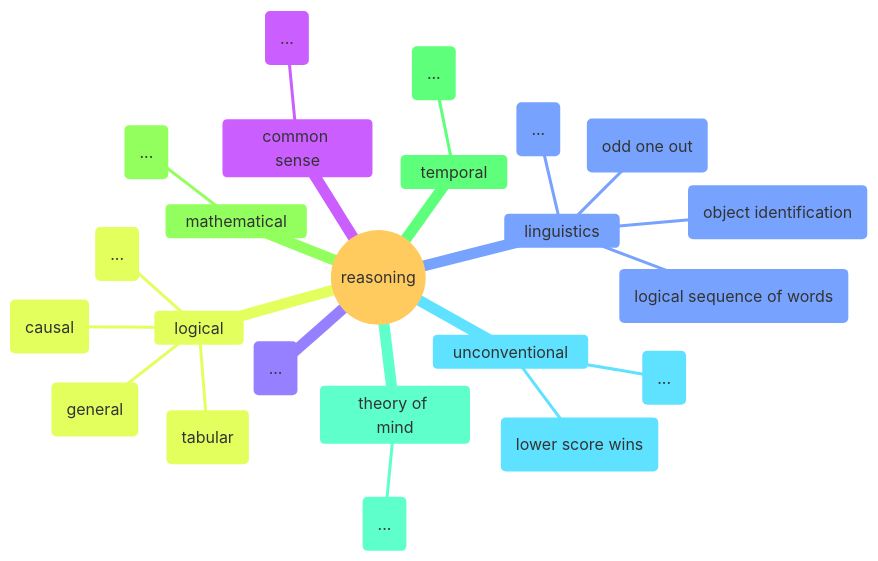
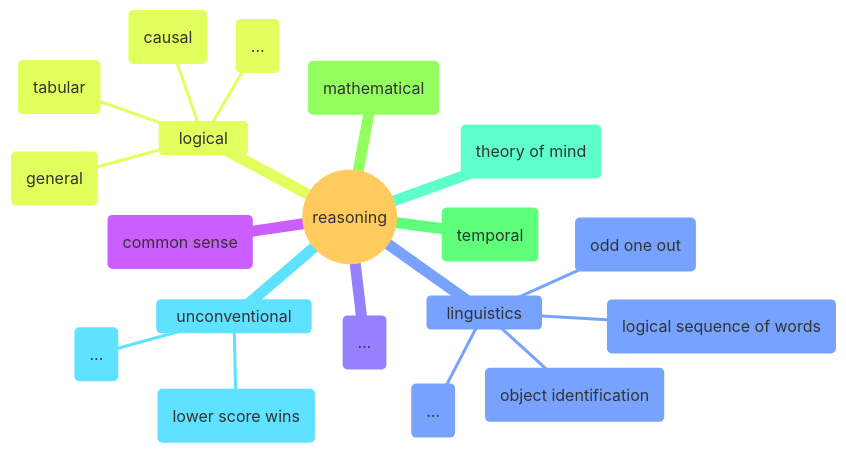
Before and after one commit to nimbinatus/taxonomy: the second of 18 diagrams in docs/full_taxonomy.md, drawn with Mermaid.

Commit message:
fix(reasoning): fix the nodes for reasoning

````diff
--- a/docs/full_taxonomy.md
+++ b/docs/full_taxonomy.md
@@ -31,34 +31,30 @@
 ```mermaid
 ---
 title: Foundational Skills - Reasoning
 config:
     fontSize: 8
     theme: base
     mindmap:
         maxNodeWidth: 110
 ---
 mindmap
     root((reasoning))
-        common sense
-            id(...)
+        id(common sense)
         linguistics
             id(logical sequence of words)
             id(object identification)
             id(odd one out)
             id(...)
         logical
             id(causal)
             id(general)
             id(tabular)
             id(...)
-        mathematical
-            id(...)
-        temporal
-            id(...)
-        theory of mind
-            id(...)
+        id(mathematical)
+        id(temporal)
+        id(theory of mind)
         unconventional
             id(lower score wins)
             id(...)
         id(...)
 ```
````
